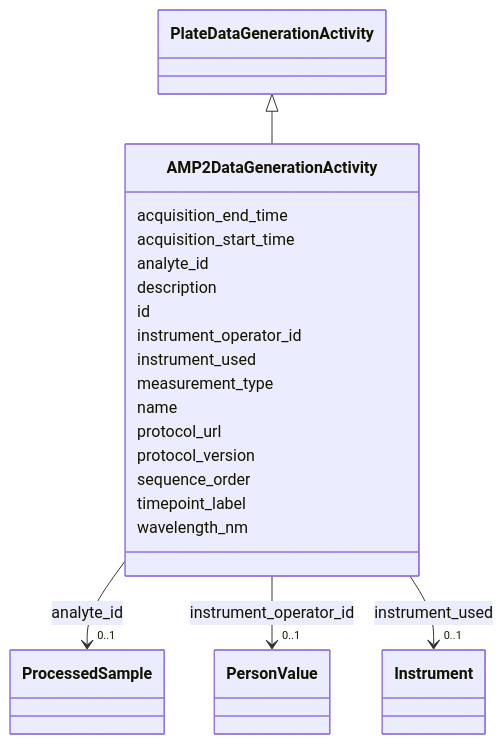
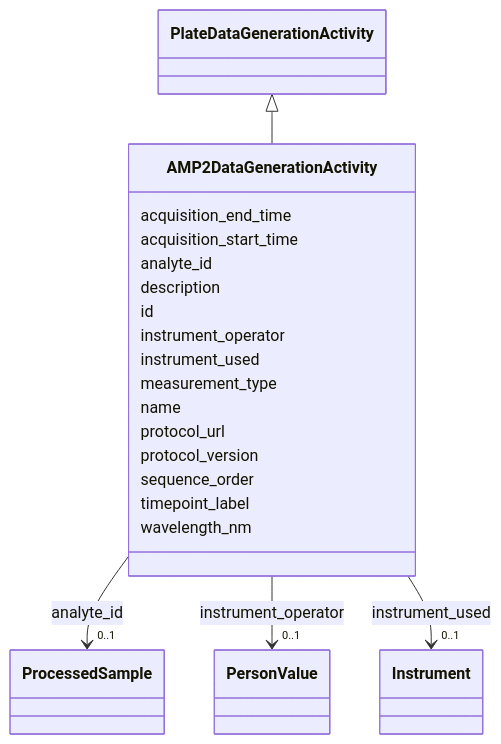
The diagram in docs/elements/AMP2DataGenerationActivity.md (EMSL-Computing/BASALT-Schema), drawn with Mermaid before and after one commit. The commit also changed other lines of this file and 550 other files, not shown here.

````diff
--- a/docs/elements/AMP2DataGenerationActivity.md
+++ b/docs/elements/AMP2DataGenerationActivity.md
@@ -30,64 +30,64 @@
 ```mermaid
  classDiagram
     class AMP2DataGenerationActivity
     click AMP2DataGenerationActivity href "../AMP2DataGenerationActivity/"
       PlateDataGenerationActivity <|-- AMP2DataGenerationActivity
         click PlateDataGenerationActivity href "../PlateDataGenerationActivity/"
       
       AMP2DataGenerationActivity : acquisition_end_time
         
       AMP2DataGenerationActivity : acquisition_start_time
         
       AMP2DataGenerationActivity : analyte_id
         
           
     
         
         
         AMP2DataGenerationActivity --> "0..1" ProcessedSample : analyte_id
         click ProcessedSample href "../ProcessedSample/"
     
 
         
       AMP2DataGenerationActivity : description
         
       AMP2DataGenerationActivity : id
         
-      AMP2DataGenerationActivity : instrument_operator_id
+      AMP2DataGenerationActivity : instrument_operator
         
           
     
         
         
-        AMP2DataGenerationActivity --> "0..1" PersonValue : instrument_operator_id
+        AMP2DataGenerationActivity --> "0..1" PersonValue : instrument_operator
         click PersonValue href "../PersonValue/"
     
 
         
       AMP2DataGenerationActivity : instrument_used
         
           
     
         
         
         AMP2DataGenerationActivity --> "0..1" Instrument : instrument_used
         click Instrument href "../Instrument/"
     
 
         
       AMP2DataGenerationActivity : measurement_type
         
       AMP2DataGenerationActivity : name
         
       AMP2DataGenerationActivity : protocol_url
         
       AMP2DataGenerationActivity : protocol_version
         
       AMP2DataGenerationActivity : sequence_order
         
       AMP2DataGenerationActivity : timepoint_label
         
       AMP2DataGenerationActivity : wavelength_nm
         
       
 ```
````
